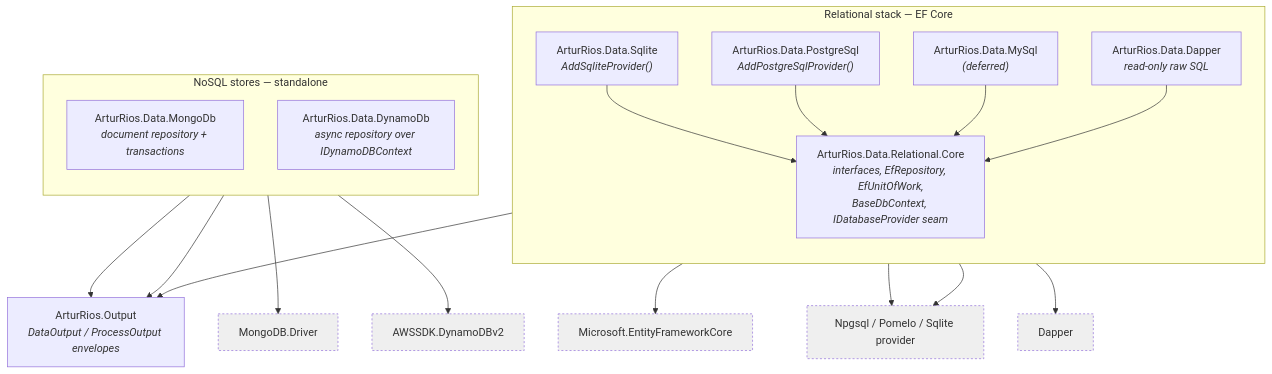
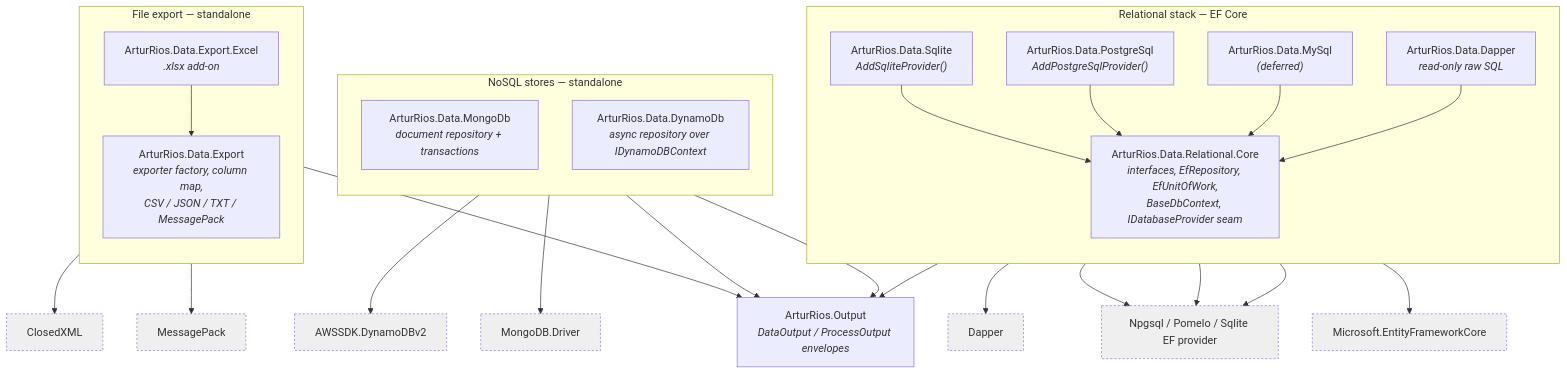
One commit to artur-rios/dotnet-data changed the first of 7 diagrams in docs/content/architecture.md. Above: the diagram before and after it, drawn with Mermaid. The commit also changed other lines of this file and 27 other files, not shown here.

````diff
--- a/docs/content/architecture.md
+++ b/docs/content/architecture.md
@@ -12,41 +12,54 @@
 ```mermaid
 flowchart TB
     Output["ArturRios.Output<br/><i>DataOutput / ProcessOutput envelopes</i>"]
 
     subgraph Relational["Relational stack — EF Core"]
         direction TB
         Core["ArturRios.Data.Relational.Core<br/><i>interfaces, EfRepository, EfUnitOfWork,<br/>BaseDbContext, IDatabaseProvider seam</i>"]
         Sqlite["ArturRios.Data.Sqlite<br/><i>AddSqliteProvider()</i>"]
         Postgres["ArturRios.Data.PostgreSql<br/><i>AddPostgreSqlProvider()</i>"]
         MySql["ArturRios.Data.MySql<br/><i>(deferred)</i>"]
         Dapper["ArturRios.Data.Dapper<br/><i>read-only raw SQL</i>"]
     end
 
     subgraph NoSQL["NoSQL stores — standalone"]
         direction TB
         Mongo["ArturRios.Data.MongoDb<br/><i>document repository + transactions</i>"]
         Dynamo["ArturRios.Data.DynamoDb<br/><i>async repository over IDynamoDBContext</i>"]
     end
 
+    subgraph Export["File export — standalone"]
+        direction TB
+        ExportCore["ArturRios.Data.Export<br/><i>exporter factory, column map,<br/>CSV / JSON / TXT / MessagePack</i>"]
+        ExportExcel["ArturRios.Data.Export.Excel<br/><i>.xlsx add-on</i>"]
+    end
+
     Sqlite --> Core
     Postgres --> Core
     MySql --> Core
     Dapper --> Core
     Core --> Output
     Mongo --> Output
     Dynamo --> Output
+    ExportExcel --> ExportCore
+    ExportCore --> Output
 
     EF["Microsoft.EntityFrameworkCore"]:::ext
-    Npgsql["Npgsql / Pomelo / Sqlite provider"]:::ext
+    EfProviders["Npgsql / Pomelo / Sqlite EF provider"]:::ext
     DapperLib["Dapper"]:::ext
     MongoLib["MongoDB.Driver"]:::ext
     Aws["AWSSDK.DynamoDBv2"]:::ext
+    MsgPack["MessagePack"]:::ext
+    ClosedXml["ClosedXML"]:::ext
     Core --> EF
-    Sqlite --> Npgsql
-    Postgres --> Npgsql
+    Sqlite --> EfProviders
+    Postgres --> EfProviders
+    MySql --> EfProviders
     Dapper --> DapperLib
     Mongo --> MongoLib
     Dynamo --> Aws
+    ExportCore --> MsgPack
+    ExportExcel --> ClosedXml
 
     classDef ext fill:#8882,stroke-dasharray:3 3;
 ```
````
